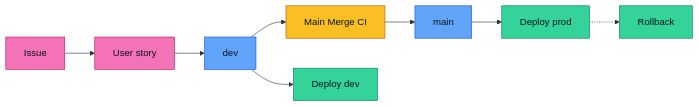
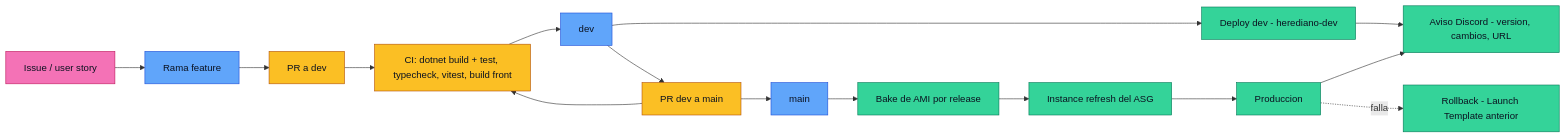
The ninth of 11 diagrams in docs/diagramas.md (S3-Simple-Software-Solutions/CSH), drawn with Mermaid before and after one commit. The commit also changed other lines of this file, not shown here.

First line of the commit message:
docs(diagramas): reescribir los diagramas al stack destino .NET 10 e infra AWS

````diff
--- a/docs/diagramas.md
+++ b/docs/diagramas.md
@@ -56,22 +281,26 @@
 ```mermaid
 flowchart LR
     classDef issue fill:#f472b6,color:#0b1220,stroke:#be185d
     classDef rama fill:#60a5fa,color:#0b1220,stroke:#1d4ed8
     classDef ci fill:#fbbf24,color:#0b1220,stroke:#b45309
     classDef deploy fill:#34d399,color:#0b1220,stroke:#047857
 
-    Issue[Issue]:::issue
-    Historia[User story]:::issue
+    Issue[Issue / user story]:::issue
+    Feature[Rama feature]:::rama
+    PRdev[PR a dev]:::ci
+    CI["CI: dotnet build + test, typecheck, vitest, build front"]:::ci
     Dev[dev]:::rama
-    CI[Main Merge CI]:::ci
+    DeployDev[Deploy dev - herediano-dev]:::deploy
+    PRmain[PR dev a main]:::ci
     Main[main]:::rama
-    DeployDev[Deploy dev]:::deploy
-    DeployProd[Deploy prod]:::deploy
-    Rollback[Rollback]:::deploy
+    Bake[Bake de AMI por release]:::deploy
+    Refresh[Instance refresh del ASG]:::deploy
+    Prod[Produccion]:::deploy
+    Rollback[Rollback - Launch Template anterior]:::deploy
+    Aviso[Aviso Discord - version, cambios, URL]:::deploy
 
-    Issue --> Historia --> Dev
-    Dev --> DeployDev
-    Dev --> CI --> Main
-    Main --> DeployProd
-    DeployProd -.-> Rollback
+    Issue --> Feature --> PRdev --> CI --> Dev --> DeployDev --> Aviso
+    Dev --> PRmain --> CI
+    PRmain --> Main --> Bake --> Refresh --> Prod --> Aviso
+    Prod -.->|falla| Rollback
 ```
````
